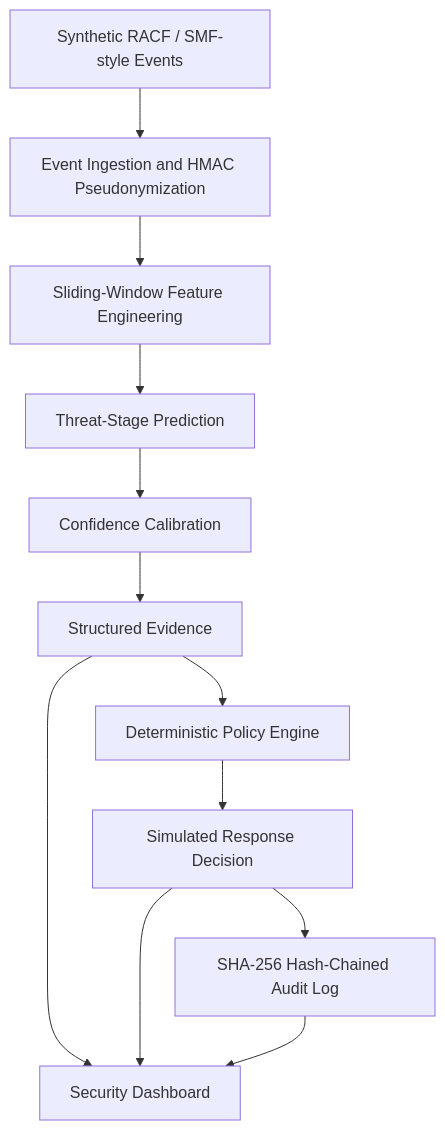
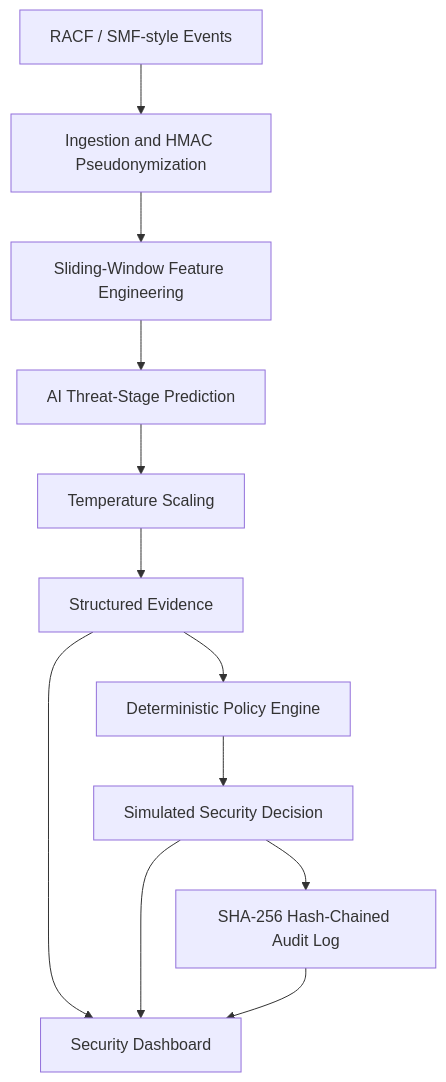
The first of 2 diagrams in README.md (ITHA-SUNNY/IBM), drawn with Mermaid before and after one commit. The commit also changed other lines of this file, not shown here.

````diff
--- a/README.md
+++ b/README.md
@@ -51,20 +33,20 @@
 ```mermaid
 flowchart TD
-    A["Synthetic RACF / SMF-style Events"]
-    B["Event Ingestion and HMAC Pseudonymization"]
+    A["RACF / SMF-style Events"]
+    B["Ingestion and HMAC Pseudonymization"]
     C["Sliding-Window Feature Engineering"]
-    D["Threat-Stage Prediction"]
-    E["Confidence Calibration"]
+    D["AI Threat-Stage Prediction"]
+    E["Temperature Scaling"]
     F["Structured Evidence"]
     G["Deterministic Policy Engine"]
-    H["Simulated Response Decision"]
+    H["Simulated Security Decision"]
     I["SHA-256 Hash-Chained Audit Log"]
     J["Security Dashboard"]
 
     A --> B --> C --> D --> E --> F
     F --> G --> H
     H --> I
     F --> J
     H --> J
     I --> J
 ```
````
